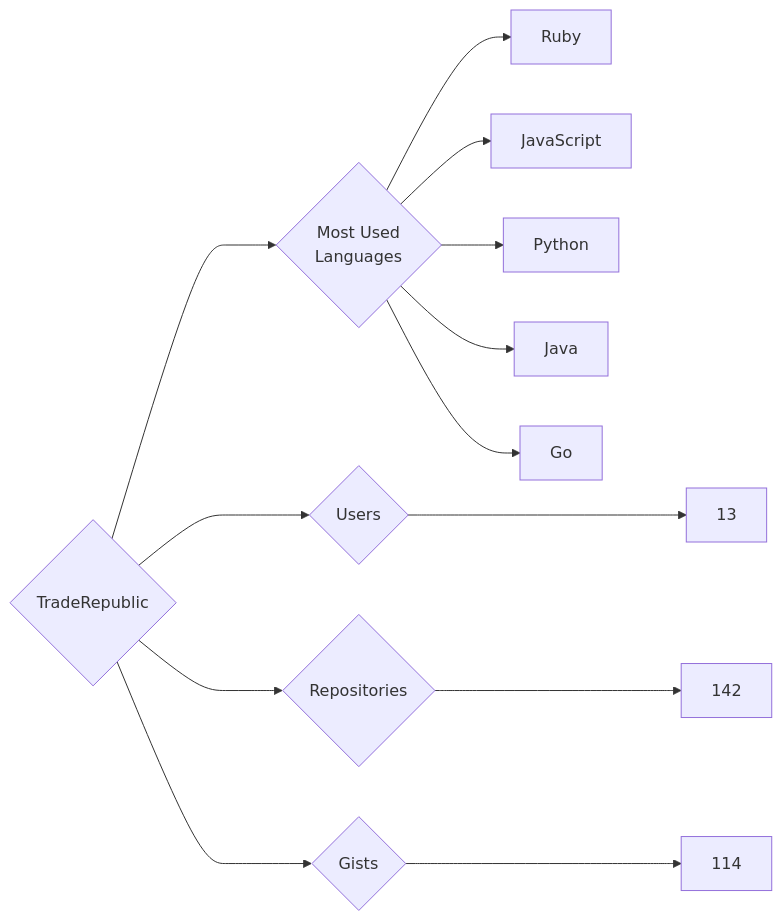
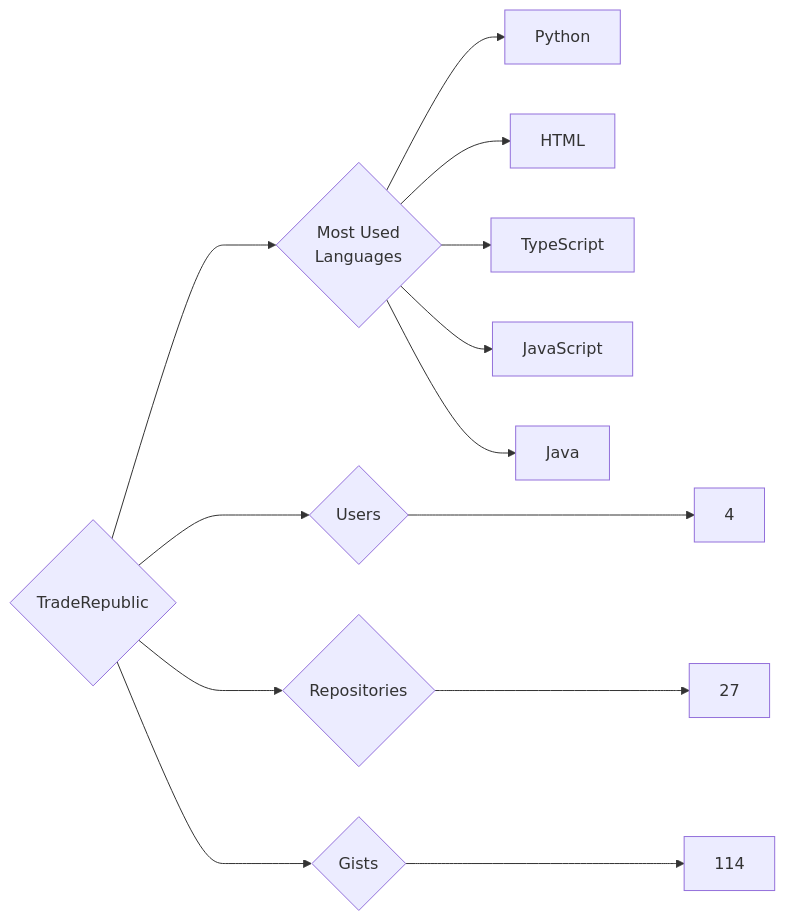
The diagram in targets/TradeRepublic/README.md (trickest/insiders), drawn with Mermaid before and after one commit. The commit also changed 1496 other files, not shown here.

````diff
--- a/targets/TradeRepublic/README.md
+++ b/targets/TradeRepublic/README.md
@@ -3,13 +3,13 @@
 ```mermaid
 graph LR
 COMPANY_NAME{TradeRepublic}
-COMPANY_NAME ---> U{Users} ---> UN[13]
-COMPANY_NAME ---> R{Repositories} ---> RN[142]
+COMPANY_NAME ---> U{Users} ---> UN[4]
+COMPANY_NAME ---> R{Repositories} ---> RN[27]
 COMPANY_NAME ---> G{Gists} ---> GN[114]
 COMPANY_NAME ---> ML{Most Used<br>Languages}
-ML --> Ruby[Ruby]
+ML --> Python[Python]
+ML --> HTML[HTML]
+ML --> TypeScript[TypeScript]
 ML --> JavaScript[JavaScript]
-ML --> Python[Python]
 ML --> Java[Java]
-ML --> Go[Go]
 ```
````
